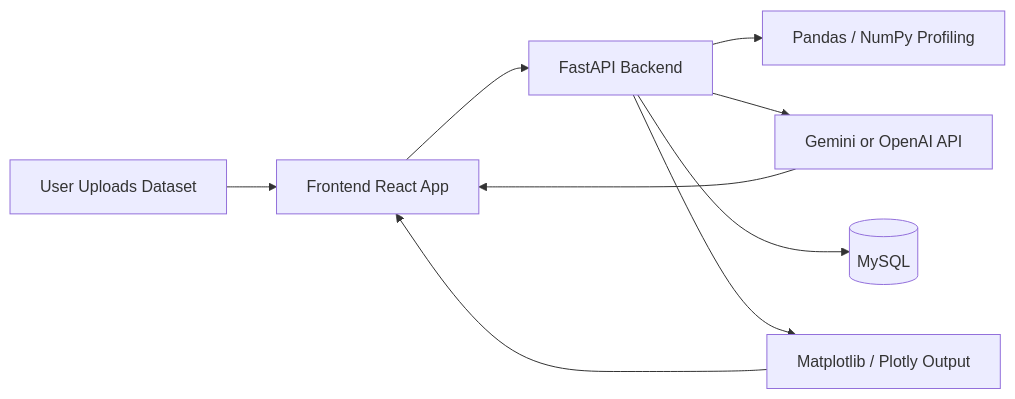
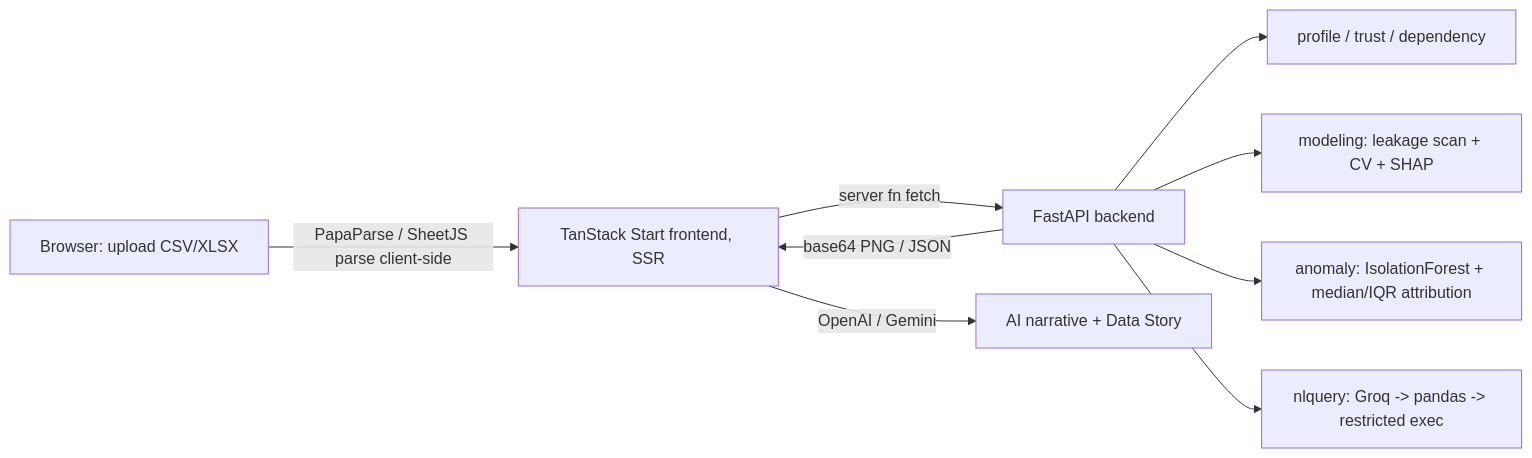
Before and after one commit to mythribanda/InsightFlow: the diagram in README.md, drawn with Mermaid. The commit also changed other lines of this file, not shown here.

````diff
--- a/README.md
+++ b/README.md
@@ -185,11 +53,11 @@
 ```mermaid
 flowchart LR
-  U[User Uploads Dataset] --> F[Frontend React App]
-  F --> B[FastAPI Backend]
-  B --> P[Pandas / NumPy Profiling]
-  B --> A[Gemini or OpenAI API]
-  B --> D[(MySQL)]
-  B --> V[Matplotlib / Plotly Output]
-  V --> F
-  A --> F
+  U[Browser: upload CSV/XLSX] -->|PapaParse / SheetJS parse client-side| F[TanStack Start frontend, SSR]
+  F -->|server fn fetch| B[FastAPI backend]
+  B --> P[profile / trust / dependency]
+  B --> M[modeling: leakage scan + CV + SHAP]
+  B --> A[anomaly: IsolationForest + median/IQR attribution]
+  B --> Q[nlquery: Groq -> pandas -> restricted exec]
+  F -->|OpenAI / Gemini| S[AI narrative + Data Story]
+  B -->|base64 PNG / JSON| F
 ```
````
